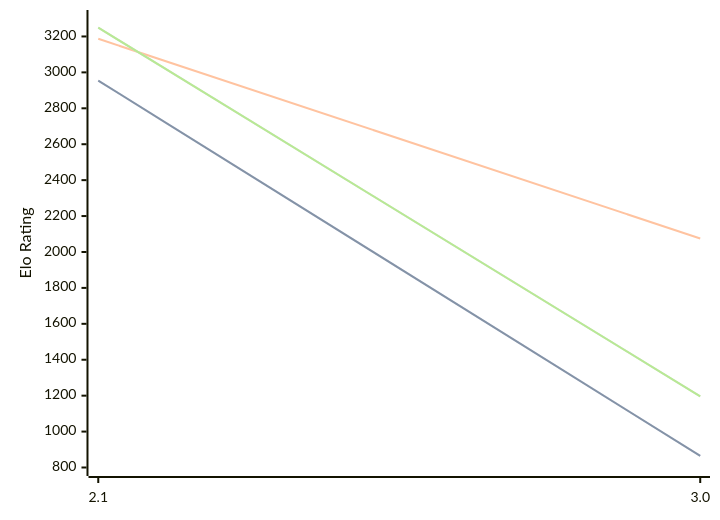
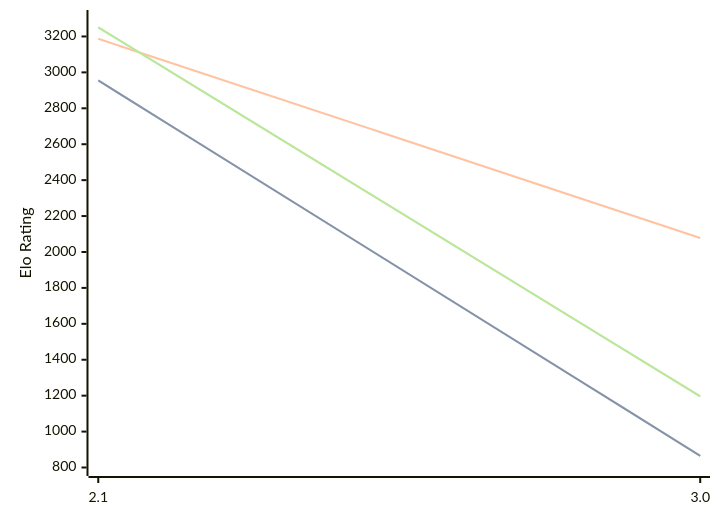
One commit to computer-chess-index/cci changed the diagram in engines/Quirky.md. Above: the diagram before and after it, drawn with Mermaid. The commit also changed other lines of this file, not shown here.

Commit message:
Update CCI Ratings (ELO VLTC) - 2026-08-25

````diff
--- a/engines/Quirky.md
+++ b/engines/Quirky.md
@@ -32,11 +32,11 @@
 ```mermaid
 %%{init: {"theme":"base","themeVariables":{"seriesColors:['#a3a3a3','#222221','#faa371']}}}%%
 xychart-beta
   x-axis ["2.1", "3.0"]
   y-axis "Elo Rating" 800 --> 3300
-  line "STC (8.0+0.08s)" [2954, 865]
-  line "STC (8.0+0.08s)" [2954, 865]
-  line "LTC (60.0+0.60s)" [3187, 2075]
-  line "VLTC (2m24s+1.12s)" [3249, 1196]
-  line "VLTC (2m24s+1.12s)" [3249, 1196]
+  line "STC (8.0+0.08s)" [2955, 865]
+  line "STC (8.0+0.08s)" [2955, 865]
+  line "LTC (60.0+0.60s)" [3187, 2078]
+  line "VLTC (2m24s+1.12s)" [3251, 1196]
+  line "VLTC (2m24s+1.12s)" [3251, 1196]
 ```
````
